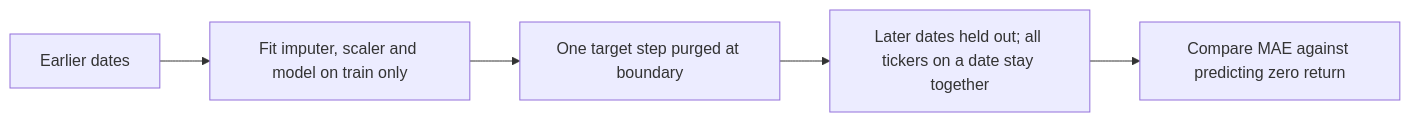
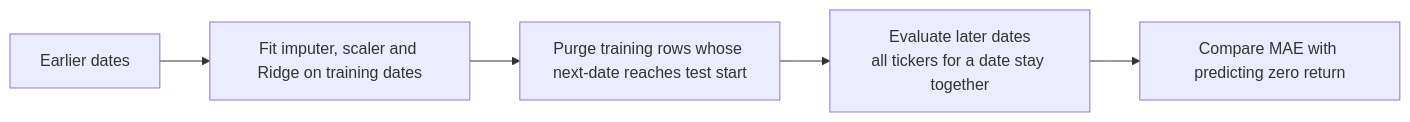
The second of 2 diagrams in README.md (saishivasanjeethpaikarao-jpg/hengseng-sentiment-agent), drawn with Mermaid before and after one commit. The commit also changed other lines of this file and 2 other files, not shown here.

````diff
--- a/README.md
+++ b/README.md
@@ -39,7 +98,7 @@
 ```mermaid
 flowchart LR
-    T[Earlier dates] --> P[Fit imputer, scaler and model on train only]
-    P --> G[One target step purged at boundary]
-    G --> V[Later dates held out; all tickers on a date stay together]
-    V --> C[Compare MAE against predicting zero return]
+    A["Earlier dates"] --> B["Fit imputer, scaler and Ridge on training dates"]
+    B --> C["Purge training rows whose next-date reaches test start"]
+    C --> D["Evaluate later dates<br/>all tickers for a date stay together"]
+    D --> E["Compare MAE with predicting zero return"]
 ```
````
